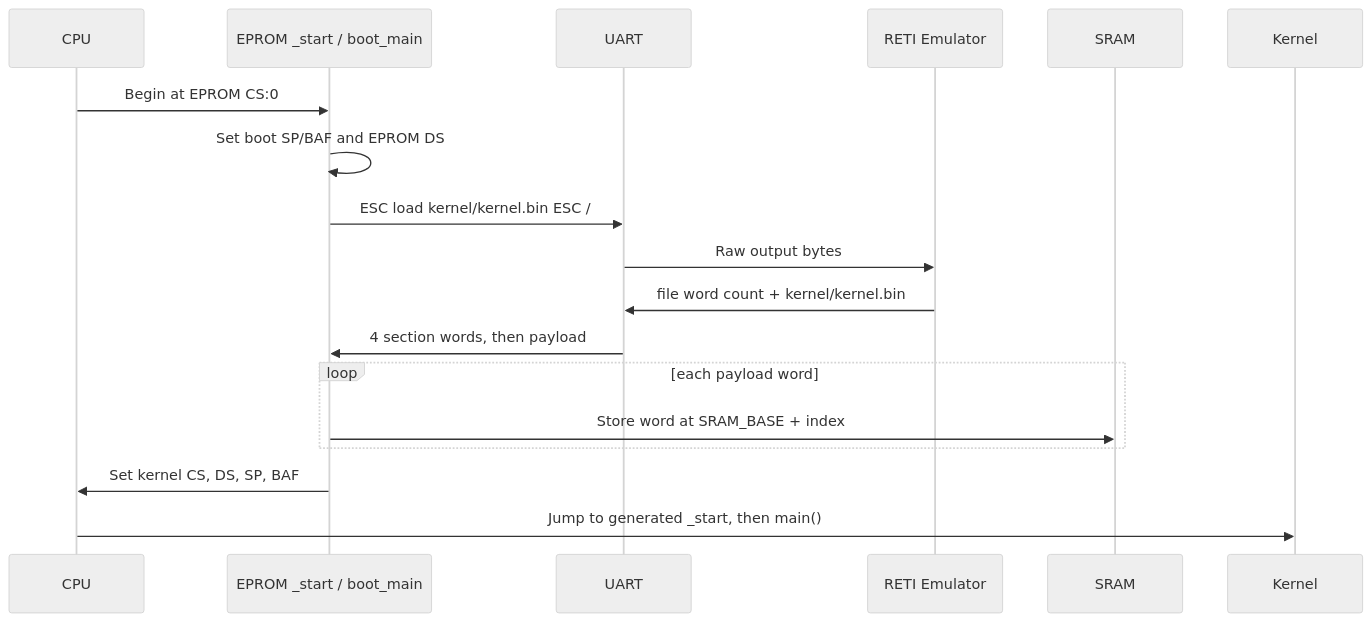
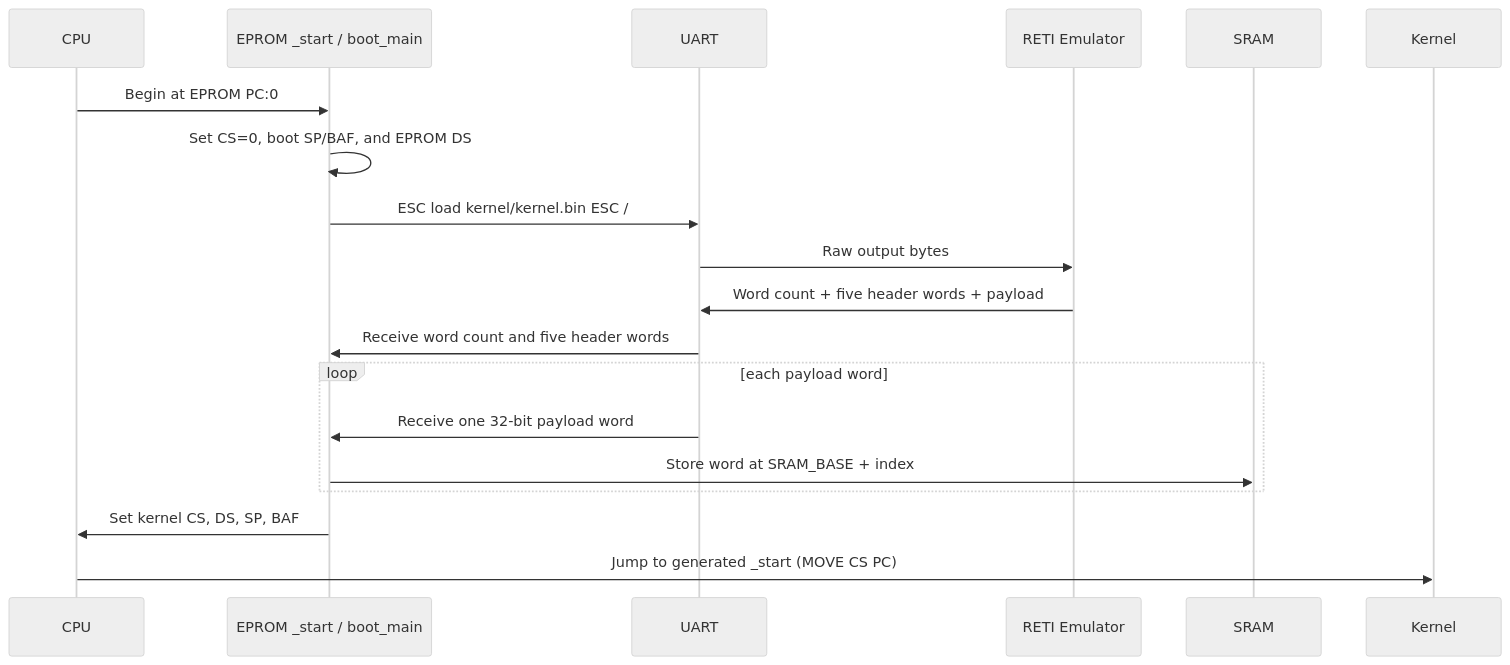
Before and after one commit to matthejue/Pico-OS: the second of 17 diagrams in README.md, drawn with Mermaid (neutral theme). The commit also changed other lines of this file and 4 other files, not shown here.

````diff
--- a/README.md
+++ b/README.md
@@ -108,21 +292,22 @@
 ```mermaid
 sequenceDiagram
     participant CPU
     participant EPROM as EPROM _start / boot_main
     participant UART
     participant Emu as RETI Emulator
     participant SRAM
     participant Kernel
 
-    CPU->>EPROM: Begin at EPROM CS:0
-    EPROM->>EPROM: Set boot SP/BAF and EPROM DS
+    CPU->>EPROM: Begin at EPROM PC:0
+    EPROM->>EPROM: Set CS=0, boot SP/BAF, and EPROM DS
     EPROM->>UART: ESC load kernel/kernel.bin ESC /
     UART->>Emu: Raw output bytes
-    Emu->>UART: file word count + kernel/kernel.bin
-    UART->>EPROM: 4 section words, then payload
+    Emu->>UART: Word count + five header words + payload
+    UART->>EPROM: Receive word count and five header words
     loop each payload word
+        UART->>EPROM: Receive one 32-bit payload word
         EPROM->>SRAM: Store word at SRAM_BASE + index
     end
     EPROM->>CPU: Set kernel CS, DS, SP, BAF
-    CPU->>Kernel: Jump to generated _start, then main()
+    CPU->>Kernel: Jump to generated _start (MOVE CS PC)
 ```
````
